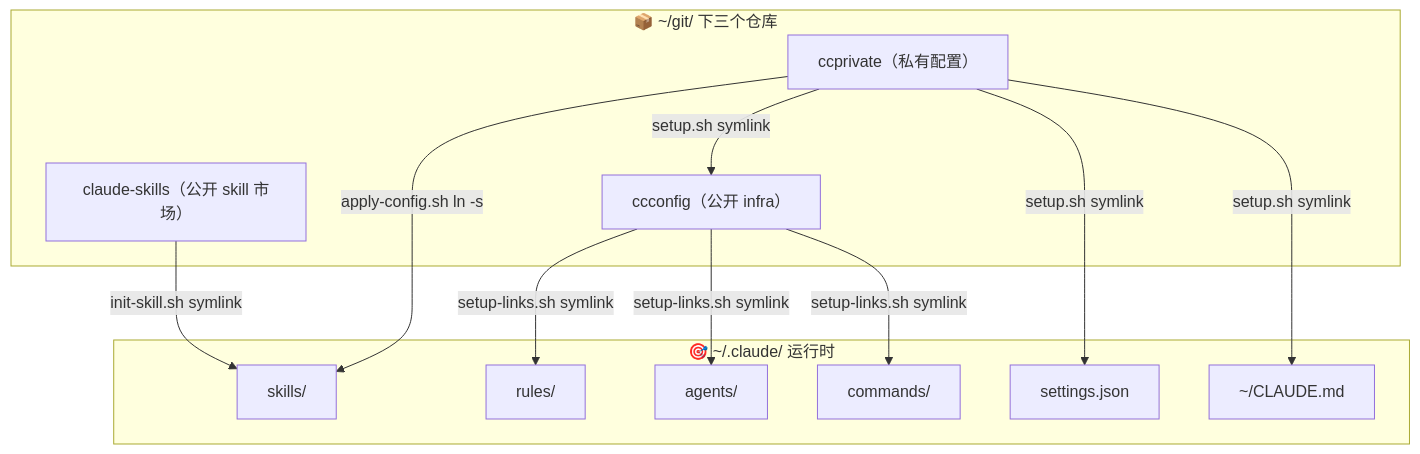
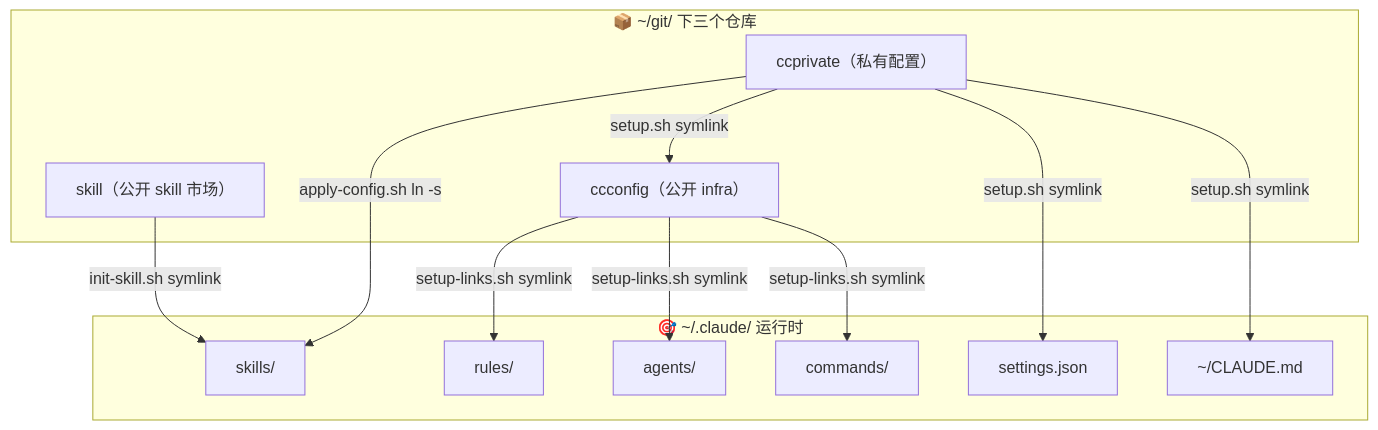
The diagram in docs/architecture.md (mengfanchun2017/ccconfig), drawn with Mermaid before and after one commit. The commit also changed other lines of this file and 26 other files, not shown here.

First line of the commit message:
refactor: release model + repo rename — main is stable, claude-skills→skill

````diff
--- a/docs/architecture.md
+++ b/docs/architecture.md
@@ -21,26 +21,26 @@
 ```mermaid
 flowchart TB
   subgraph repos["📦 ~/git/ 下三个仓库"]
     ccconfig["ccconfig（公开 infra）"]
-    skills["claude-skills（公开 skill 市场）"]
+    skills["skill（公开 skill 市场）"]
     ccprivate["ccprivate（私有配置）"]
   end
 
   subgraph target["🎯 ~/.claude/ 运行时"]
     skills_dir["skills/"]
     rules_dir["rules/"]
     agents_dir["agents/"]
     commands_dir["commands/"]
     settings["settings.json"]
     claude_md["~/CLAUDE.md"]
   end
 
   skills -- "init-skill.sh symlink" --> skills_dir
   ccprivate -- "apply-config.sh ln -s" --> skills_dir
   ccconfig -- "setup-links.sh symlink" --> rules_dir
   ccconfig -- "setup-links.sh symlink" --> agents_dir
   ccconfig -- "setup-links.sh symlink" --> commands_dir
   ccprivate -- "setup.sh symlink" --> settings
   ccprivate -- "setup.sh symlink" --> claude_md
   ccprivate -- "setup.sh symlink" --> ccconfig
 ```
````
